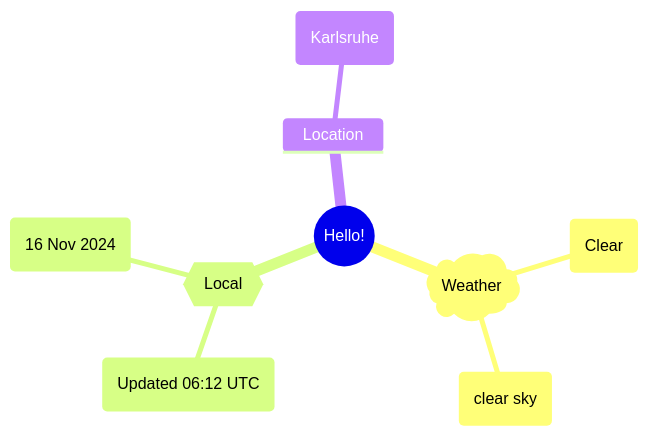
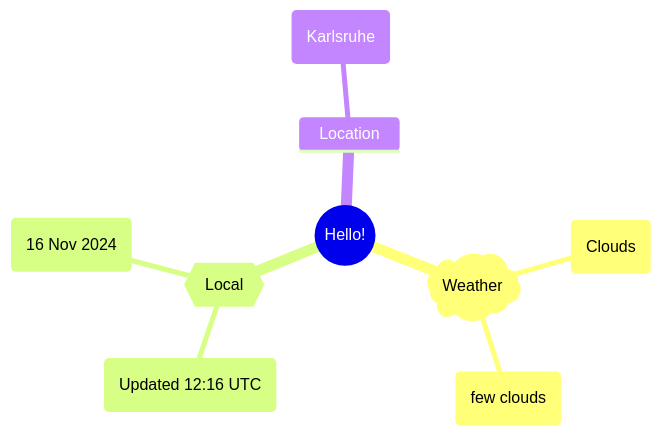
One commit to Xosrov/Xosrov changed the first of 2 diagrams in README.md. Above: the diagram before and after it, drawn with Mermaid.

Commit message:
[bot] updated images

````diff
--- a/README.md
+++ b/README.md
@@ -3,12 +3,12 @@
 ```mermaid
 mindmap
   root((Hello!))
     )Weather(
-        (Clear)
-        (clear sky)
+        (Clouds)
+        (few clouds)
     {{Local}}
-        (Updated 06:12 UTC)
+        (Updated 12:16 UTC)
         (16 Nov 2024)
     Location
         (Karlsruhe)
 ```
````
